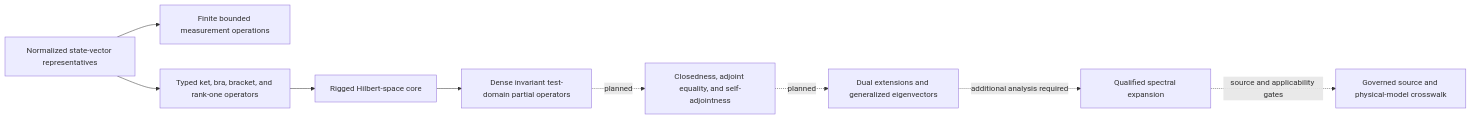
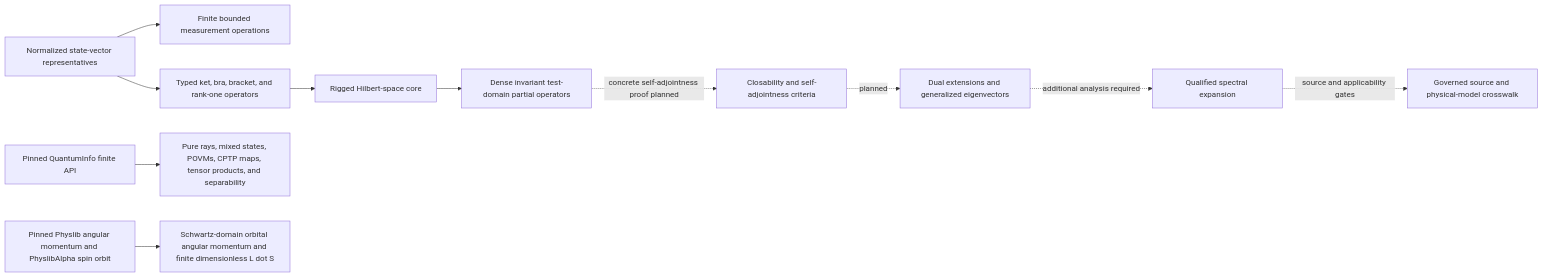
Before and after one commit to eragasa/projectkoios-formal: the second of 2 diagrams in docs/roadmap.md, drawn with Mermaid. The commit also changed other lines of this file and 99 other files, not shown here.

Commit message:
Adopt Physlib and extend continuum quantum formalization

````diff
--- a/docs/roadmap.md
+++ b/docs/roadmap.md
@@ -30,20 +30,26 @@
 ```mermaid
 flowchart LR
   Q0[Normalized state-vector representatives]
   Q1[Finite bounded measurement operations]
   Q2[Typed ket, bra, bracket, and rank-one operators]
   Q3[Rigged Hilbert-space core]
   Q4[Dense invariant test-domain partial operators]
-  Q5[Closedness, adjoint equality, and self-adjointness]
+  Q5[Closability and self-adjointness criteria]
   Q6[Dual extensions and generalized eigenvectors]
   Q7[Qualified spectral expansion]
   Q8[Governed source and physical-model crosswalk]
+  QI0[Pinned QuantumInfo finite API]
+  QI1[Pure rays, mixed states, POVMs, CPTP maps, tensor products, and separability]
+  QA0[Pinned Physlib angular momentum and PhyslibAlpha spin orbit]
+  QA1[Schwartz-domain orbital angular momentum and finite dimensionless L dot S]
   Q0 --> Q1
   Q0 --> Q2
   Q2 --> Q3
   Q3 --> Q4
-  Q4 -. planned .-> Q5
+  Q4 -. concrete self-adjointness proof planned .-> Q5
   Q5 -. planned .-> Q6
   Q6 -. additional analysis required .-> Q7
   Q7 -. source and applicability gates .-> Q8
+  QI0 --> QI1
+  QA0 --> QA1
 ```
````
